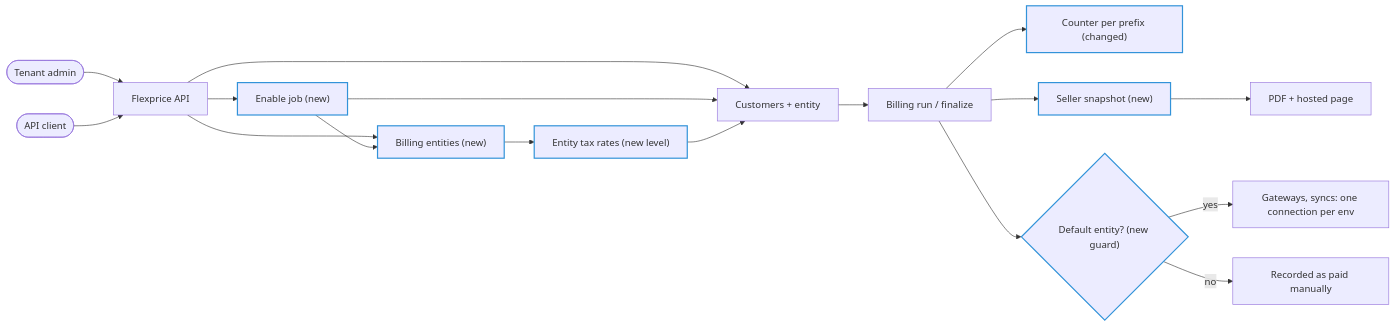
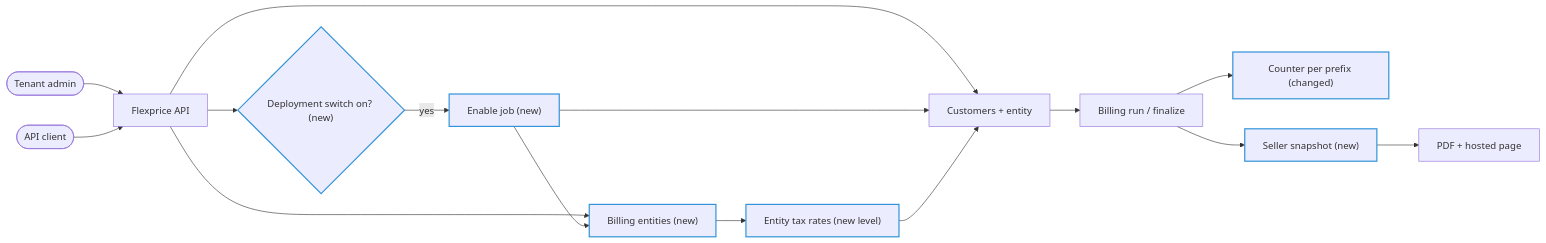
Before and after one commit to flexprice/flexprice: the first of 6 diagrams in docs/design/2026-10-27-billing-entities-p1-erd.md, drawn with Mermaid. The commit also changed other lines of this file and 19 other files, not shown here.

First line of the commit message:
refactor(billing-entities): gate enable behind a deployment switch instead of restricting integrations

````diff
--- a/docs/design/2026-10-27-billing-entities-p1-erd.md
+++ b/docs/design/2026-10-27-billing-entities-p1-erd.md
@@ -196,21 +193,19 @@
 ```mermaid
 flowchart LR
   Admin([Tenant admin]) --> API[Flexprice API]
   Client([API client]) --> API
-  API --> Enable["Enable job (new)"]
+  API --> Switch{"Deployment switch on? (new)"}
+  Switch -- yes --> Enable["Enable job (new)"]
   API --> Entities["Billing entities (new)"]
   API --> Customers[Customers + entity]
   Enable --> Entities
   Enable --> Customers
   Customers --> Billing[Billing run / finalize]
   Billing --> Numbering["Counter per prefix (changed)"]
   Billing --> Snapshot["Seller snapshot (new)"]
   Snapshot --> PDF[PDF + hosted page]
-  Billing --> Guard{"Default entity? (new guard)"}
-  Guard -- yes --> Integrations[Gateways, syncs: one connection per env]
-  Guard -- no --> Manual[Recorded as paid manually]
   Entities --> Tax["Entity tax rates (new level)"]
   Tax --> Customers
   classDef new stroke:#3293d9,stroke-width:2px
-  class Enable,Entities,Numbering,Snapshot,Guard,Tax new
+  class Switch,Enable,Entities,Numbering,Snapshot,Tax new
 ```
````
